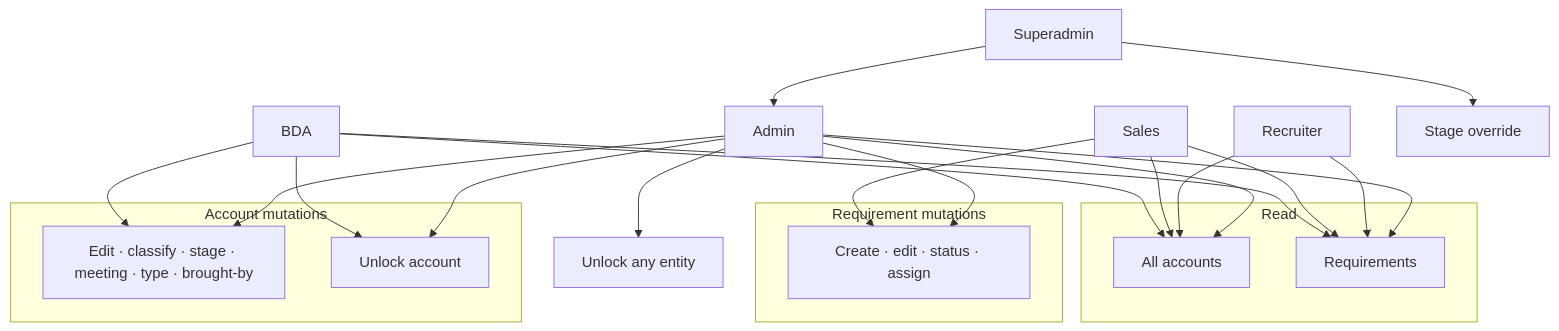
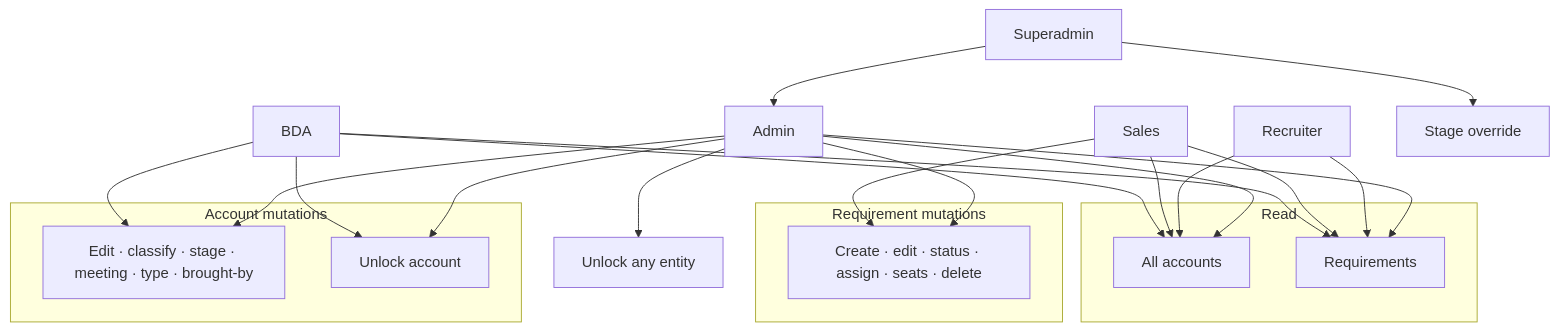
The second of 13 diagrams in README.md (radheshDelphic12/delphic-one-new), drawn with Mermaid before and after one commit. The commit also changed other lines of this file and 7 other files, not shown here.

Commit message:
docs: README, architecture overview and feature docs for Zklyrera, shared Sales requirements, reports drill-down and the deploy flow

````diff
--- a/README.md
+++ b/README.md
@@ -120,38 +120,38 @@
 ```mermaid
 flowchart TB
   subgraph Read
     AccR[All accounts]
     ReqR[Requirements]
   end
 
   subgraph AccountWrite[Account mutations]
     AccW[Edit · classify · stage · meeting · type · brought-by]
     AccU[Unlock account]
   end
 
   subgraph ReqWrite[Requirement mutations]
-    ReqW[Create · edit · status · assign]
+    ReqW[Create · edit · status · assign · seats · delete]
   end
 
   BDA[BDA] --> AccR
   BDA --> ReqR
   BDA --> AccW
   BDA --> AccU
 
   Sales[Sales] --> AccR
   Sales --> ReqR
   Sales --> ReqW
 
   Rec[Recruiter] --> AccR
   Rec --> ReqR
 
   Admin[Admin] --> AccR
   Admin --> ReqR
   Admin --> AccW
   Admin --> AccU
   Admin --> ReqW
   Admin --> UnlockAll[Unlock any entity]
 
   Super[Superadmin] --> Admin
   Super --> Override[Stage override]
 ```
````
